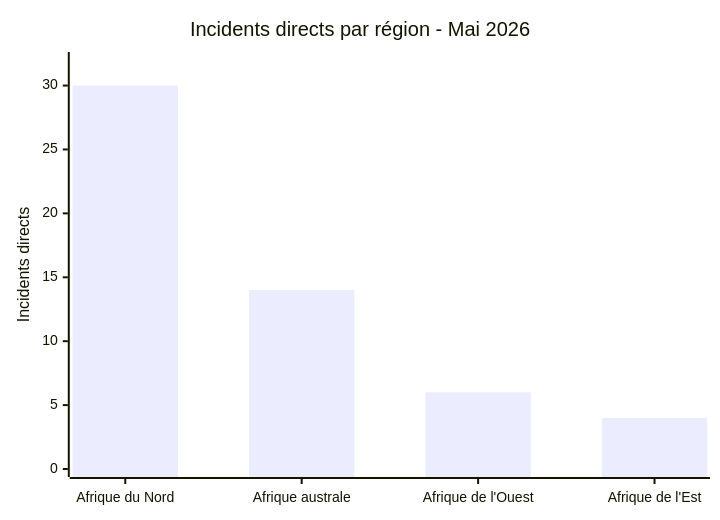
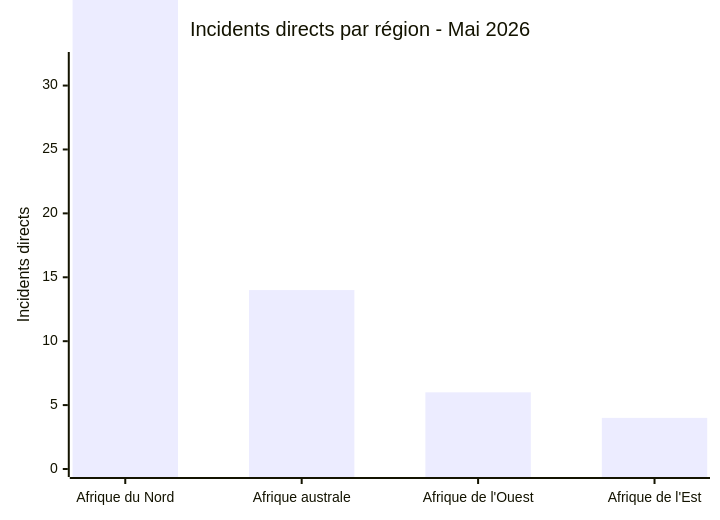
One commit to Hatchepsoute/AFRINTEL changed the fifth of 7 diagrams in statistics/2026/05-may/README_FR.md. Above: the diagram before and after it, drawn with Mermaid. The commit also changed other lines of this file and 48 other files, not shown here.

````diff
--- a/statistics/2026/05-may/README_FR.md
+++ b/statistics/2026/05-may/README_FR.md
@@ -176,7 +178,7 @@
 ```mermaid
 xychart
     title "Incidents directs par région - Mai 2026"
     x-axis ["Afrique du Nord","Afrique australe","Afrique de l'Ouest","Afrique de l'Est"]
     y-axis "Incidents directs" 0 --> 32
-    bar [30,14,6,4]
+    bar [74,14,6,4]
 ```
````
